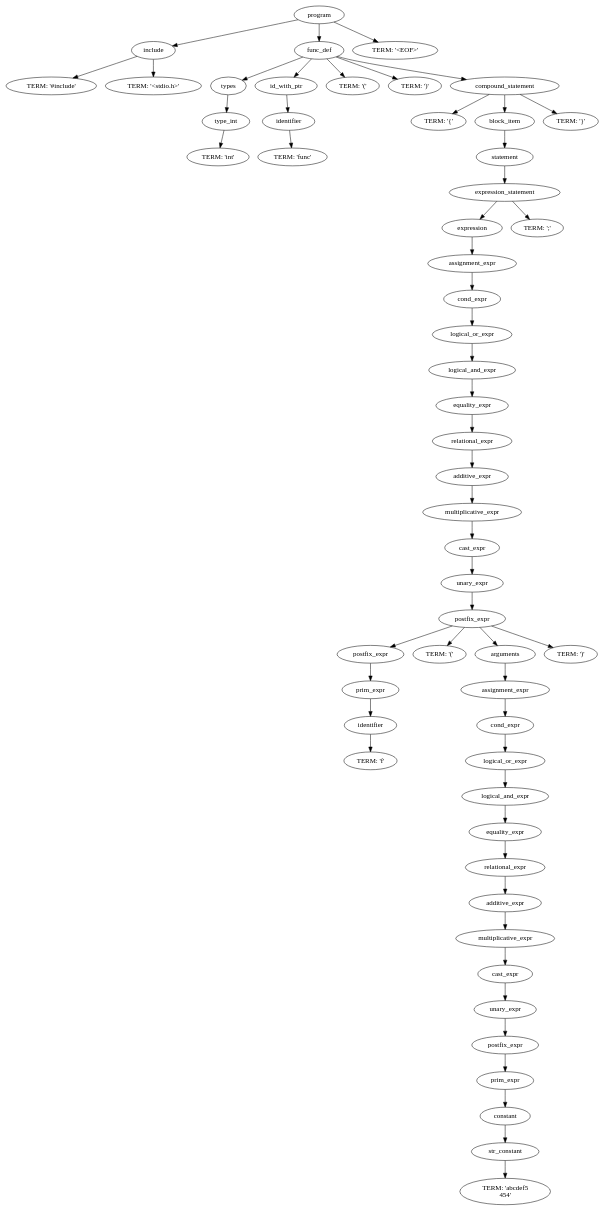
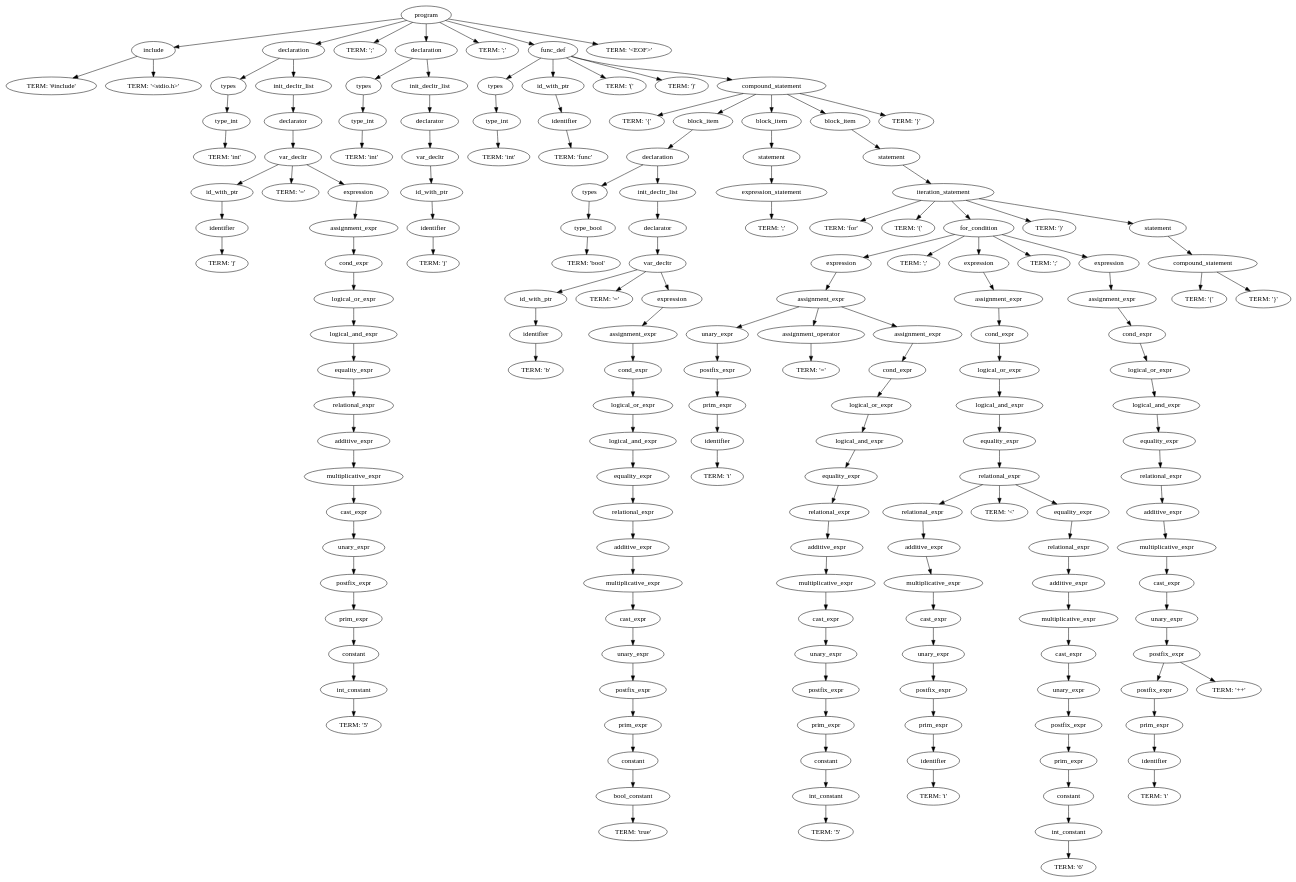
The diagram in output.dot (DeSchepperCedric/C-Compiler), drawn with Graphviz before and after one commit. The commit also changed 10 other files, not shown here.

```diff
--- a/output.dot
+++ b/output.dot
@@ -7,7 +7,7 @@
 	1 -> 3;
 	3 [label="TERM: '<stdio.h>'"];
 	0 -> 4;
-	4 [label="func_def"];
+	4 [label="declaration"];
 	4 -> 5;
 	5 [label="types"];
 	5 -> 6;
@@ -15,97 +15,327 @@
 	6 -> 7;
 	7 [label="TERM: 'int'"];
 	4 -> 8;
-	8 [label="id_with_ptr"];
+	8 [label="init_decltr_list"];
 	8 -> 9;
-	9 [label="identifier"];
+	9 [label="declarator"];
 	9 -> 10;
-	10 [label="TERM: 'func'"];
-	4 -> 11;
-	11 [label="TERM: '('"];
-	4 -> 12;
-	12 [label="TERM: ')'"];
-	4 -> 13;
-	13 [label="compound_statement"];
-	13 -> 14;
-	14 [label="TERM: '{'"];
-	13 -> 15;
-	15 [label="block_item"];
+	10 [label="var_decltr"];
+	10 -> 11;
+	11 [label="id_with_ptr"];
+	11 -> 12;
+	12 [label="identifier"];
+	12 -> 13;
+	13 [label="TERM: 'j'"];
+	10 -> 14;
+	14 [label="TERM: '='"];
+	10 -> 15;
+	15 [label="expression"];
 	15 -> 16;
-	16 [label="statement"];
+	16 [label="assignment_expr"];
 	16 -> 17;
-	17 [label="expression_statement"];
+	17 [label="cond_expr"];
 	17 -> 18;
-	18 [label="expression"];
+	18 [label="logical_or_expr"];
 	18 -> 19;
-	19 [label="assignment_expr"];
+	19 [label="logical_and_expr"];
 	19 -> 20;
-	20 [label="cond_expr"];
+	20 [label="equality_expr"];
 	20 -> 21;
-	21 [label="logical_or_expr"];
+	21 [label="relational_expr"];
 	21 -> 22;
-	22 [label="logical_and_expr"];
+	22 [label="additive_expr"];
 	22 -> 23;
-	23 [label="equality_expr"];
+	23 [label="multiplicative_expr"];
 	23 -> 24;
-	24 [label="relational_expr"];
+	24 [label="cast_expr"];
 	24 -> 25;
-	25 [label="additive_expr"];
+	25 [label="unary_expr"];
 	25 -> 26;
-	26 [label="multiplicative_expr"];
+	26 [label="postfix_expr"];
 	26 -> 27;
-	27 [label="cast_expr"];
+	27 [label="prim_expr"];
 	27 -> 28;
-	28 [label="unary_expr"];
+	28 [label="constant"];
 	28 -> 29;
-	29 [label="postfix_expr"];
+	29 [label="int_constant"];
 	29 -> 30;
-	30 [label="postfix_expr"];
-	30 -> 31;
-	31 [label="prim_expr"];
-	31 -> 32;
-	32 [label="identifier"];
+	30 [label="TERM: '5'"];
+	0 -> 31;
+	31 [label="TERM: ';'"];
+	0 -> 32;
+	32 [label="declaration"];
 	32 -> 33;
-	33 [label="TERM: 'f'"];
-	29 -> 34;
-	34 [label="TERM: '('"];
-	29 -> 35;
-	35 [label="arguments"];
-	35 -> 36;
-	36 [label="assignment_expr"];
+	33 [label="types"];
+	33 -> 34;
+	34 [label="type_int"];
+	34 -> 35;
+	35 [label="TERM: 'int'"];
+	32 -> 36;
+	36 [label="init_decltr_list"];
 	36 -> 37;
-	37 [label="cond_expr"];
+	37 [label="declarator"];
 	37 -> 38;
-	38 [label="logical_or_expr"];
+	38 [label="var_decltr"];
 	38 -> 39;
-	39 [label="logical_and_expr"];
+	39 [label="id_with_ptr"];
 	39 -> 40;
-	40 [label="equality_expr"];
+	40 [label="identifier"];
 	40 -> 41;
-	41 [label="relational_expr"];
-	41 -> 42;
-	42 [label="additive_expr"];
-	42 -> 43;
-	43 [label="multiplicative_expr"];
+	41 [label="TERM: 'j'"];
+	0 -> 42;
+	42 [label="TERM: ';'"];
+	0 -> 43;
+	43 [label="func_def"];
 	43 -> 44;
-	44 [label="cast_expr"];
+	44 [label="types"];
 	44 -> 45;
-	45 [label="unary_expr"];
+	45 [label="type_int"];
 	45 -> 46;
-	46 [label="postfix_expr"];
-	46 -> 47;
-	47 [label="prim_expr"];
+	46 [label="TERM: 'int'"];
+	43 -> 47;
+	47 [label="id_with_ptr"];
 	47 -> 48;
-	48 [label="constant"];
+	48 [label="identifier"];
 	48 -> 49;
-	49 [label="str_constant"];
-	49 -> 50;
-	50 [label="TERM: 'abcdef5\n454'"];
-	29 -> 51;
+	49 [label="TERM: 'func'"];
+	43 -> 50;
+	50 [label="TERM: '('"];
+	43 -> 51;
 	51 [label="TERM: ')'"];
-	17 -> 52;
-	52 [label="TERM: ';'"];
-	13 -> 53;
-	53 [label="TERM: '}'"];
-	0 -> 54;
-	54 [label="TERM: '<EOF>'"];
+	43 -> 52;
+	52 [label="compound_statement"];
+	52 -> 53;
+	53 [label="TERM: '{'"];
+	52 -> 54;
+	54 [label="block_item"];
+	54 -> 55;
+	55 [label="declaration"];
+	55 -> 56;
+	56 [label="types"];
+	56 -> 57;
+	57 [label="type_bool"];
+	57 -> 58;
+	58 [label="TERM: 'bool'"];
+	55 -> 59;
+	59 [label="init_decltr_list"];
+	59 -> 60;
+	60 [label="declarator"];
+	60 -> 61;
+	61 [label="var_decltr"];
+	61 -> 62;
+	62 [label="id_with_ptr"];
+	62 -> 63;
+	63 [label="identifier"];
+	63 -> 64;
+	64 [label="TERM: 'b'"];
+	61 -> 65;
+	65 [label="TERM: '='"];
+	61 -> 66;
+	66 [label="expression"];
+	66 -> 67;
+	67 [label="assignment_expr"];
+	67 -> 68;
+	68 [label="cond_expr"];
+	68 -> 69;
+	69 [label="logical_or_expr"];
+	69 -> 70;
+	70 [label="logical_and_expr"];
+	70 -> 71;
+	71 [label="equality_expr"];
+	71 -> 72;
+	72 [label="relational_expr"];
+	72 -> 73;
+	73 [label="additive_expr"];
+	73 -> 74;
+	74 [label="multiplicative_expr"];
+	74 -> 75;
+	75 [label="cast_expr"];
+	75 -> 76;
+	76 [label="unary_expr"];
+	76 -> 77;
+	77 [label="postfix_expr"];
+	77 -> 78;
+	78 [label="prim_expr"];
+	78 -> 79;
+	79 [label="constant"];
+	79 -> 80;
+	80 [label="bool_constant"];
+	80 -> 81;
+	81 [label="TERM: 'true'"];
+	52 -> 82;
+	82 [label="block_item"];
+	82 -> 83;
+	83 [label="statement"];
+	83 -> 84;
+	84 [label="expression_statement"];
+	84 -> 85;
+	85 [label="TERM: ';'"];
+	52 -> 86;
+	86 [label="block_item"];
+	86 -> 87;
+	87 [label="statement"];
+	87 -> 88;
+	88 [label="iteration_statement"];
+	88 -> 89;
+	89 [label="TERM: 'for'"];
+	88 -> 90;
+	90 [label="TERM: '('"];
+	88 -> 91;
+	91 [label="for_condition"];
+	91 -> 92;
+	92 [label="expression"];
+	92 -> 93;
+	93 [label="assignment_expr"];
+	93 -> 94;
+	94 [label="unary_expr"];
+	94 -> 95;
+	95 [label="postfix_expr"];
+	95 -> 96;
+	96 [label="prim_expr"];
+	96 -> 97;
+	97 [label="identifier"];
+	97 -> 98;
+	98 [label="TERM: 'i'"];
+	93 -> 99;
+	99 [label="assignment_operator"];
+	99 -> 100;
+	100 [label="TERM: '='"];
+	93 -> 101;
+	101 [label="assignment_expr"];
+	101 -> 102;
+	102 [label="cond_expr"];
+	102 -> 103;
+	103 [label="logical_or_expr"];
+	103 -> 104;
+	104 [label="logical_and_expr"];
+	104 -> 105;
+	105 [label="equality_expr"];
+	105 -> 106;
+	106 [label="relational_expr"];
+	106 -> 107;
+	107 [label="additive_expr"];
+	107 -> 108;
+	108 [label="multiplicative_expr"];
+	108 -> 109;
+	109 [label="cast_expr"];
+	109 -> 110;
+	110 [label="unary_expr"];
+	110 -> 111;
+	111 [label="postfix_expr"];
+	111 -> 112;
+	112 [label="prim_expr"];
+	112 -> 113;
+	113 [label="constant"];
+	113 -> 114;
+	114 [label="int_constant"];
+	114 -> 115;
+	115 [label="TERM: '5'"];
+	91 -> 116;
+	116 [label="TERM: ';'"];
+	91 -> 117;
+	117 [label="expression"];
+	117 -> 118;
+	118 [label="assignment_expr"];
+	118 -> 119;
+	119 [label="cond_expr"];
+	119 -> 120;
+	120 [label="logical_or_expr"];
+	120 -> 121;
+	121 [label="logical_and_expr"];
+	121 -> 122;
+	122 [label="equality_expr"];
+	122 -> 123;
+	123 [label="relational_expr"];
+	123 -> 124;
+	124 [label="relational_expr"];
+	124 -> 125;
+	125 [label="additive_expr"];
+	125 -> 126;
+	126 [label="multiplicative_expr"];
+	126 -> 127;
+	127 [label="cast_expr"];
+	127 -> 128;
+	128 [label="unary_expr"];
+	128 -> 129;
+	129 [label="postfix_expr"];
+	129 -> 130;
+	130 [label="prim_expr"];
+	130 -> 131;
+	131 [label="identifier"];
+	131 -> 132;
+	132 [label="TERM: 'i'"];
+	123 -> 133;
+	133 [label="TERM: '<'"];
+	123 -> 134;
+	134 [label="equality_expr"];
+	134 -> 135;
+	135 [label="relational_expr"];
+	135 -> 136;
+	136 [label="additive_expr"];
+	136 -> 137;
+	137 [label="multiplicative_expr"];
+	137 -> 138;
+	138 [label="cast_expr"];
+	138 -> 139;
+	139 [label="unary_expr"];
+	139 -> 140;
+	140 [label="postfix_expr"];
+	140 -> 141;
+	141 [label="prim_expr"];
+	141 -> 142;
+	142 [label="constant"];
+	142 -> 143;
+	143 [label="int_constant"];
+	143 -> 144;
+	144 [label="TERM: '6'"];
+	91 -> 145;
+	145 [label="TERM: ';'"];
+	91 -> 146;
+	146 [label="expression"];
+	146 -> 147;
+	147 [label="assignment_expr"];
+	147 -> 148;
+	148 [label="cond_expr"];
+	148 -> 149;
+	149 [label="logical_or_expr"];
+	149 -> 150;
+	150 [label="logical_and_expr"];
+	150 -> 151;
+	151 [label="equality_expr"];
+	151 -> 152;
+	152 [label="relational_expr"];
+	152 -> 153;
+	153 [label="additive_expr"];
+	153 -> 154;
+	154 [label="multiplicative_expr"];
+	154 -> 155;
+	155 [label="cast_expr"];
+	155 -> 156;
+	156 [label="unary_expr"];
+	156 -> 157;
+	157 [label="postfix_expr"];
+	157 -> 158;
+	158 [label="postfix_expr"];
+	158 -> 159;
+	159 [label="prim_expr"];
+	159 -> 160;
+	160 [label="identifier"];
+	160 -> 161;
+	161 [label="TERM: 'i'"];
+	157 -> 162;
+	162 [label="TERM: '++'"];
+	88 -> 163;
+	163 [label="TERM: ')'"];
+	88 -> 164;
+	164 [label="statement"];
+	164 -> 165;
+	165 [label="compound_statement"];
+	165 -> 166;
+	166 [label="TERM: '{'"];
+	165 -> 167;
+	167 [label="TERM: '}'"];
+	52 -> 168;
+	168 [label="TERM: '}'"];
+	0 -> 169;
+	169 [label="TERM: '<EOF>'"];
 }
```
